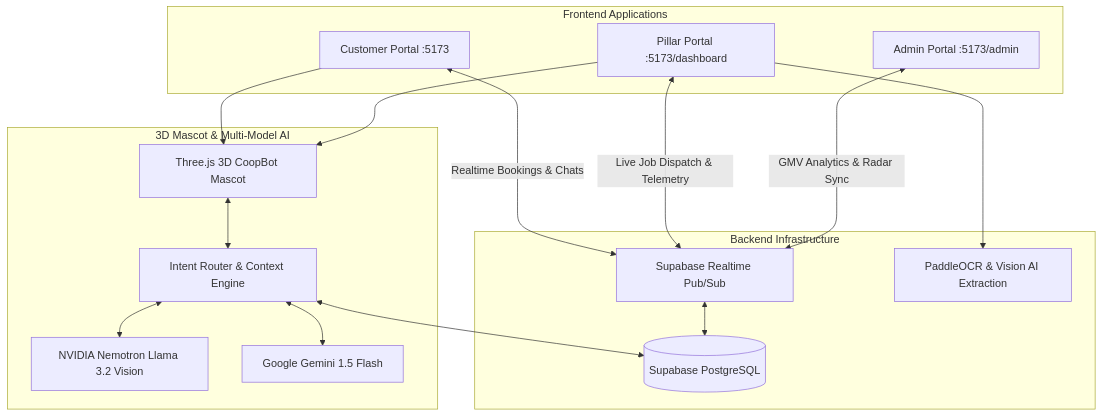
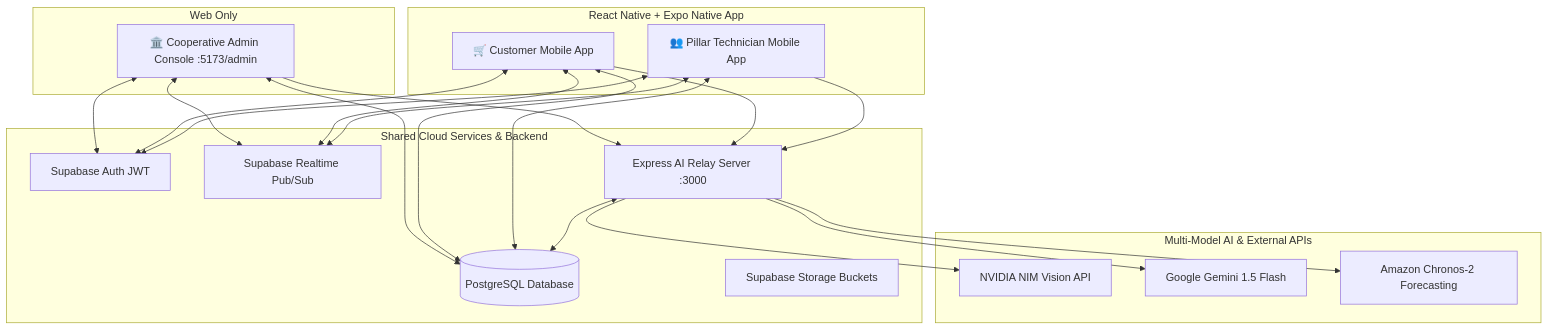
The diagram in README.md (ANUPRIYA2007/coophub), drawn with Mermaid before and after one commit. The commit also changed other lines of this file and 1 other file, not shown here.

Commit message:
docs: add MOBILE_HANDOFF.md and update README.md with mobile migration technical baseline

````diff
--- a/README.md
+++ b/README.md
@@ -87,34 +40,45 @@
 ```mermaid
 graph TD
-    subgraph Frontend Applications
-        CP[Customer Portal :5173]
-        PP[Pillar Portal :5173/dashboard]
-        AP[Admin Portal :5173/admin]
+    subgraph Web Platform [Web Only]
+        AP[🏛️ Cooperative Admin Console :5173/admin]
     end
 
-    subgraph 3D Mascot & Multi-Model AI
-        H3D[Three.js 3D CoopBot Mascot]
-        IR[Intent Router & Context Engine]
-        NIM[NVIDIA Nemotron Llama 3.2 Vision]
-        GEM[Google Gemini 1.5 Flash]
+    subgraph Mobile Platform [React Native + Expo Native App]
+        CP[🛒 Customer Mobile App]
+        PP[👥 Pillar Technician Mobile App]
     end
 
-    subgraph Backend Infrastructure
-        SBA[(Supabase PostgreSQL)]
-        RT[Supabase Realtime Pub/Sub]
-        OCR[PaddleOCR & Vision AI Extraction]
+    subgraph Shared Cloud Services & Backend
+        SB_AUTH[Supabase Auth JWT]
+        SB_DB[(PostgreSQL Database)]
+        SB_RT[Supabase Realtime Pub/Sub]
+        SB_STORE[Supabase Storage Buckets]
+        EX_AI[Express AI Relay Server :3000]
     end
 
-    CP <-->|Realtime Bookings & Chats| RT
-    PP <-->|Live Job Dispatch & Telemetry| RT
-    AP <-->|GMV Analytics & Radar Sync| RT
-    RT <--> SBA
+    subgraph Multi-Model AI & External APIs
+        NV_NIM[NVIDIA NIM Vision API]
+        GO_GEM[Google Gemini 1.5 Flash]
+        CHRONOS[Amazon Chronos-2 Forecasting]
+    end
 
-    CP --> H3D
-    PP --> H3D
-    H3D <--> IR
-    IR <--> NIM
-    IR <--> GEM
-    IR <--> SBA
-    PP --> OCR
+    AP <--> SB_AUTH
+    AP <--> SB_DB
+    AP <--> SB_RT
+    AP --> EX_AI
+
+    CP <--> SB_AUTH
+    CP <--> SB_DB
+    CP <--> SB_RT
+    CP --> EX_AI
+
+    PP <--> SB_AUTH
+    PP <--> SB_DB
+    PP <--> SB_RT
+    PP --> EX_AI
+
+    EX_AI --> NV_NIM
+    EX_AI --> GO_GEM
+    EX_AI --> CHRONOS
+    EX_AI <--> SB_DB
 ```
````
